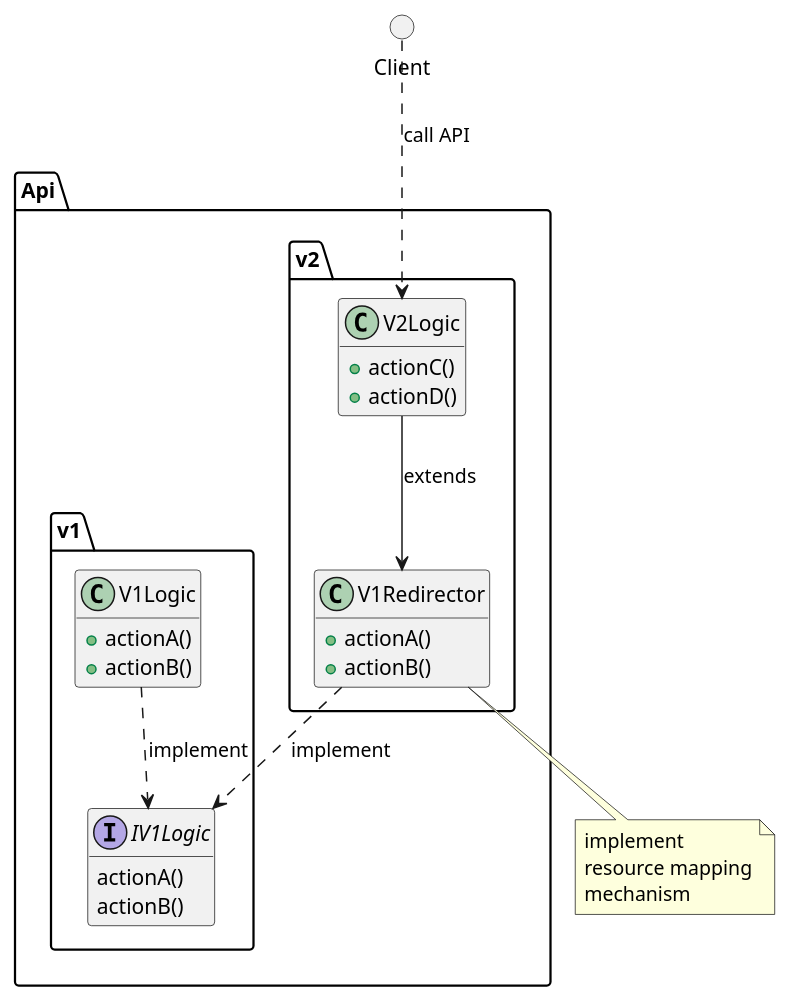
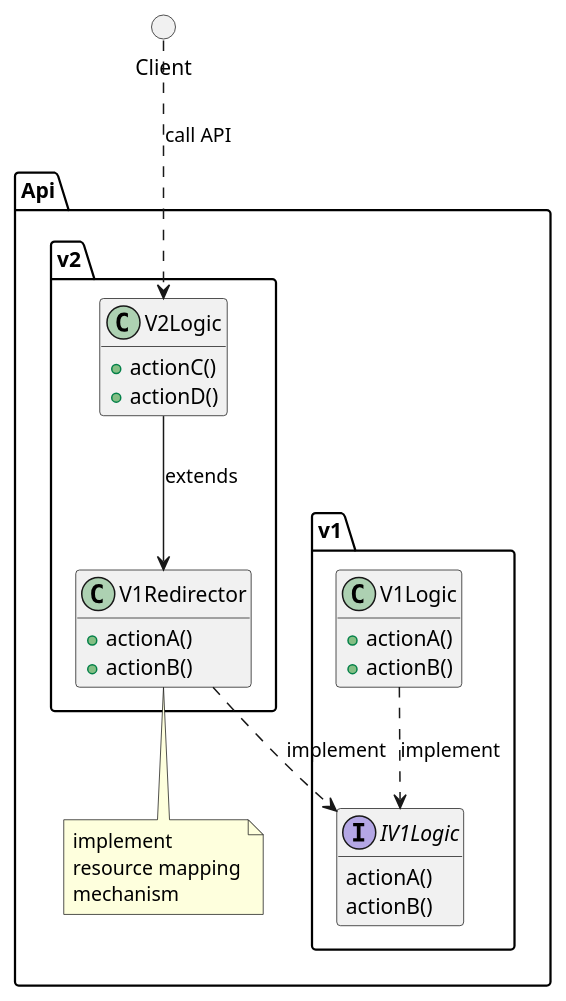
One commit to huntertran/concordia-thesis-topic changed the diagram in justifications/EndpointRedirection/EndpointRedirectionExtendClass.puml. Above: the diagram before and after it, drawn with PlantUML. The commit also changed 8 other files, not shown here.

Commit message:
update diagrams

```diff
--- a/justifications/EndpointRedirection/EndpointRedirectionExtendClass.puml
+++ b/justifications/EndpointRedirection/EndpointRedirectionExtendClass.puml
@@ -1,44 +1,46 @@
 @startuml endpoint_redirection_extended_class
 
 hide empty members
 
 circle Client
 
 package Api {
 
     package v1 {
         interface IV1Logic {
             actionA()
             actionB()
         }
         class V1Logic{
             +actionA()
             +actionB()
         }
     }
 
     package v2 {
         class V1Redirector {
             +actionA()
             +actionB()
         }
         class V2Logic {
             +actionC()
             +actionD()
         }
     }
+
+    note bottom of V1Redirector
+        implement
+        resource mapping
+        mechanism
+    endnote
 }
 
 V1Logic ..> IV1Logic : implement
 V1Redirector ..> IV1Logic : implement
 V2Logic --> V1Redirector : extends
 
-note bottom of V1Redirector
-    implement
-    resource mapping
-    mechanism
-endnote
+
 
 Client ..> V2Logic : call API
 
 @enduml
```
